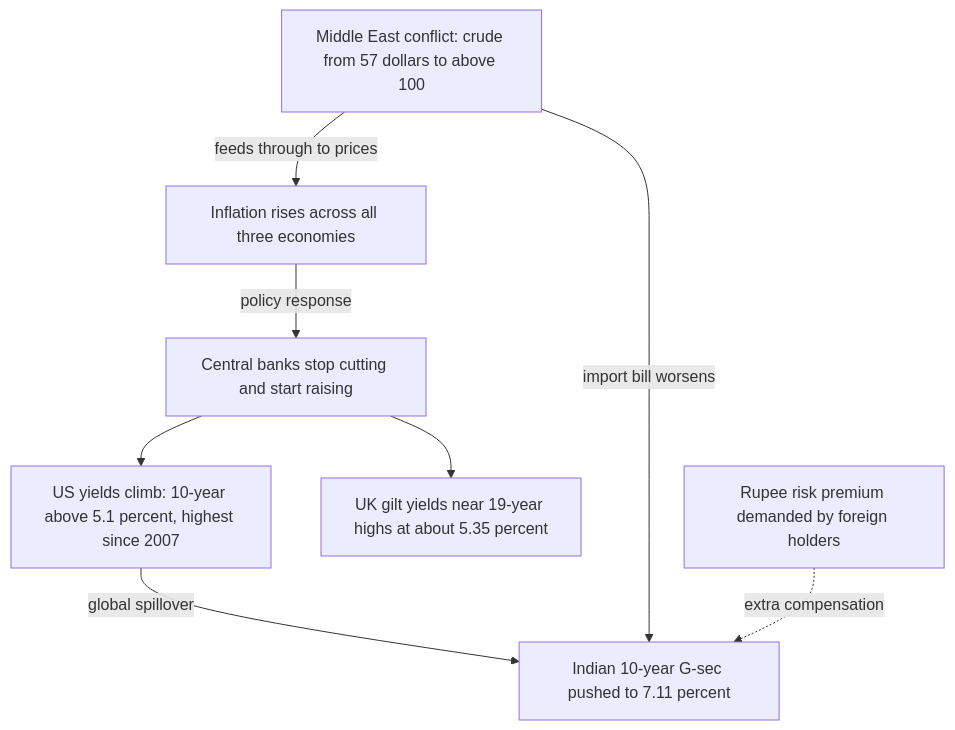
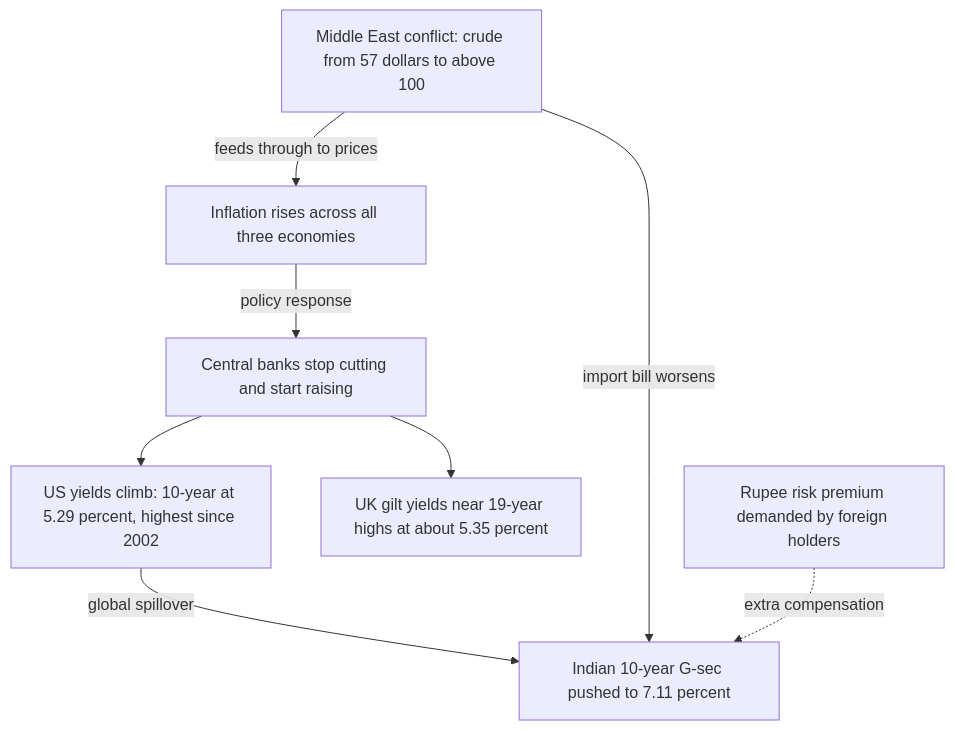
One commit to vinovator/my-ai-guides changed the diagram in tutorials/global-bond-markets/lesson-05-three-markets-up-close.md. Above: the diagram before and after it, drawn with Mermaid. The commit also changed other lines of this file and 3 other files, not shown here.

First line of the commit message:
content(bonds): update the US 10-year yield to 5.29%, highest since 2002

````diff
--- a/tutorials/global-bond-markets/lesson-05-three-markets-up-close.md
+++ b/tutorials/global-bond-markets/lesson-05-three-markets-up-close.md
@@ -128,18 +128,18 @@
 ```mermaid
 graph TD
   OIL["Middle East conflict: crude from 57 dollars to above 100"]
   INF["Inflation rises across all three economies"]
   CB["Central banks stop cutting and start raising"]
-  USY["US yields climb: 10-year above 5.1 percent, highest since 2007"]
+  USY["US yields climb: 10-year at 5.29 percent, highest since 2002"]
   GILT["UK gilt yields near 19-year highs at about 5.35 percent"]
   IND["Indian 10-year G-sec pushed to 7.11 percent"]
   FX["Rupee risk premium demanded by foreign holders"]
 
   OIL -->|feeds through to prices| INF
   INF -->|policy response| CB
   CB --> USY
   CB --> GILT
   USY -->|global spillover| IND
   OIL -->|import bill worsens| IND
   FX -.->|extra compensation| IND
 ```
````
